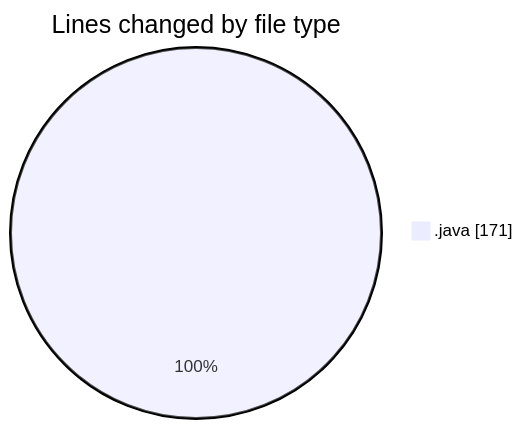
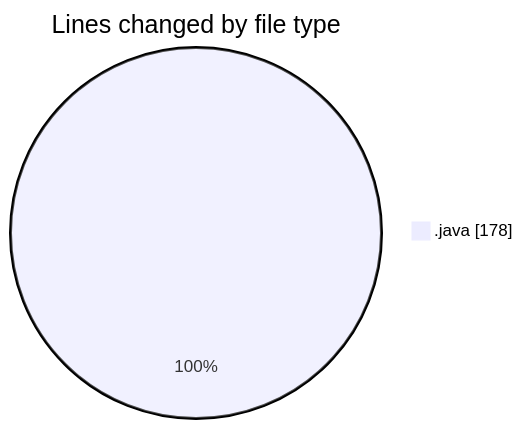
The first of 2 diagrams in 2025-01-30/java/README.md (NitaiMahat/code-tracking), drawn with Mermaid before and after one commit. The commit also changed other lines of this file and 1 other file, not shown here.

````diff
--- a/2025-01-30/java/README.md
+++ b/2025-01-30/java/README.md
@@ -20,5 +20,5 @@
 ```mermaid
 pie showData
 title Lines changed by file type
-".java" : 171
+".java" : 178
 ```
````
